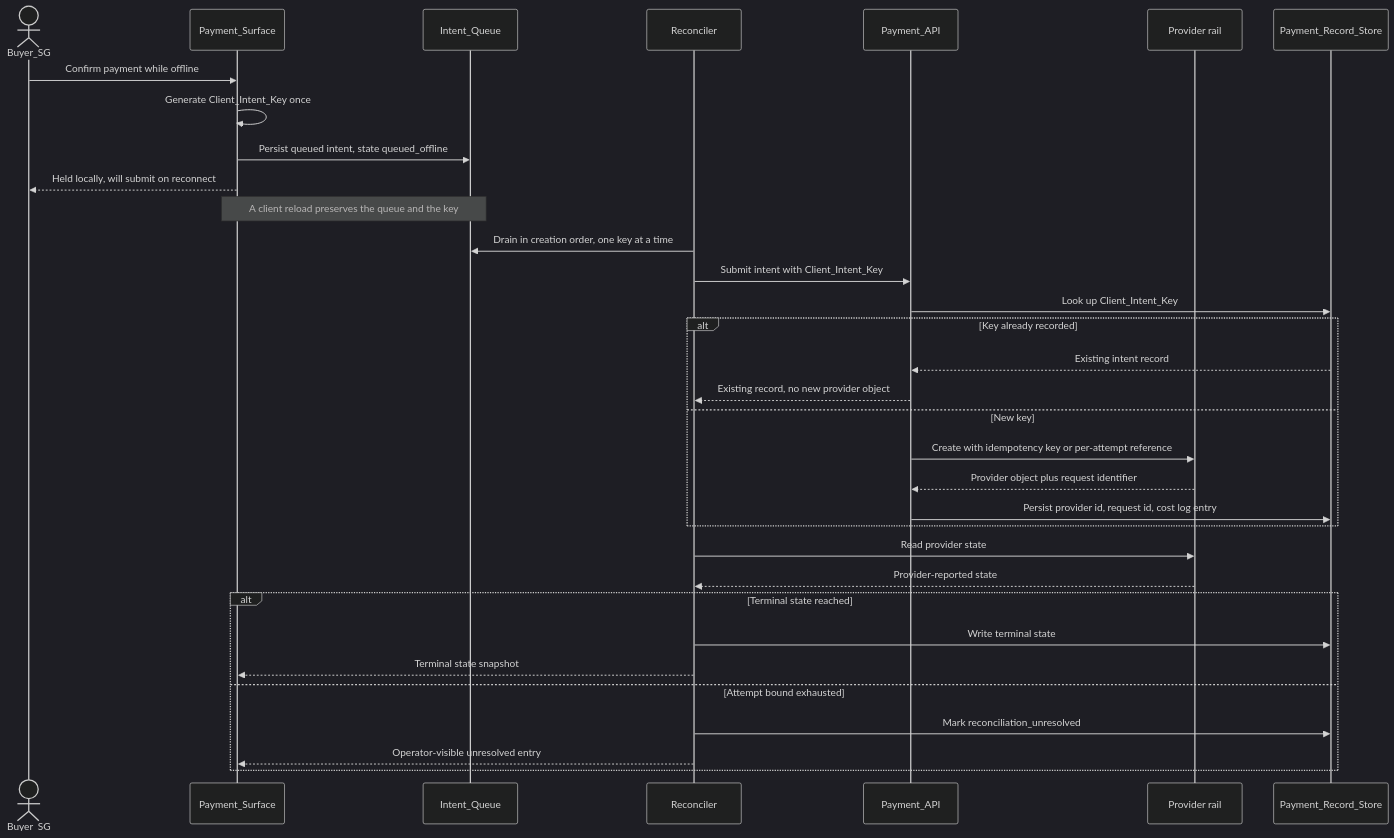
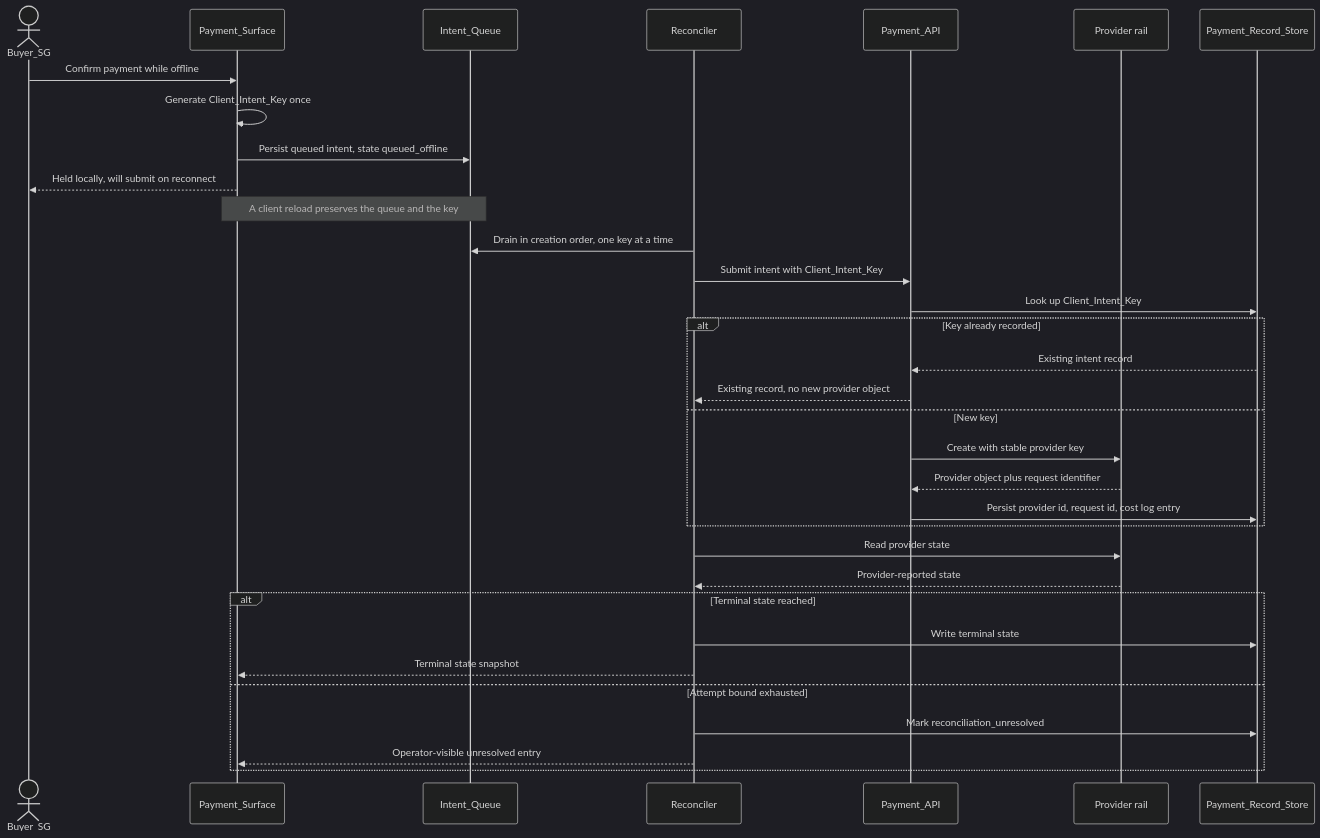
One commit to huijoohwee/agentic-graph changed the eighth of 9 diagrams in docs/documents/knowgrph-payments-prd-tad.md. Above: the diagram before and after it, drawn with Mermaid (dark theme). The commit also changed other lines of this file and 97 other files, not shown here.

````diff
--- a/docs/documents/knowgrph-payments-prd-tad.md
+++ b/docs/documents/knowgrph-payments-prd-tad.md
@@ -1293,36 +2289,36 @@
 ```mermaid
 sequenceDiagram
   actor Buyer as Buyer_SG
   participant PS as Payment_Surface
   participant IQ as Intent_Queue
   participant REC as Reconciler
   participant API as Payment_API
   participant PROV as Provider rail
   participant D1 as Payment_Record_Store
 
   Buyer->>PS: Confirm payment while offline
   PS->>PS: Generate Client_Intent_Key once
   PS->>IQ: Persist queued intent, state queued_offline
   PS-->>Buyer: Held locally, will submit on reconnect
   Note over PS,IQ: A client reload preserves the queue and the key
   REC->>IQ: Drain in creation order, one key at a time
   REC->>API: Submit intent with Client_Intent_Key
   API->>D1: Look up Client_Intent_Key
   alt Key already recorded
     D1-->>API: Existing intent record
     API-->>REC: Existing record, no new provider object
   else New key
-    API->>PROV: Create with idempotency key or per-attempt reference
+    API->>PROV: Create with stable provider key
     PROV-->>API: Provider object plus request identifier
     API->>D1: Persist provider id, request id, cost log entry
   end
   REC->>PROV: Read provider state
   PROV-->>REC: Provider-reported state
   alt Terminal state reached
     REC->>D1: Write terminal state
     REC-->>PS: Terminal state snapshot
   else Attempt bound exhausted
     REC->>D1: Mark reconciliation_unresolved
     REC-->>PS: Operator-visible unresolved entry
   end
 ```
````
